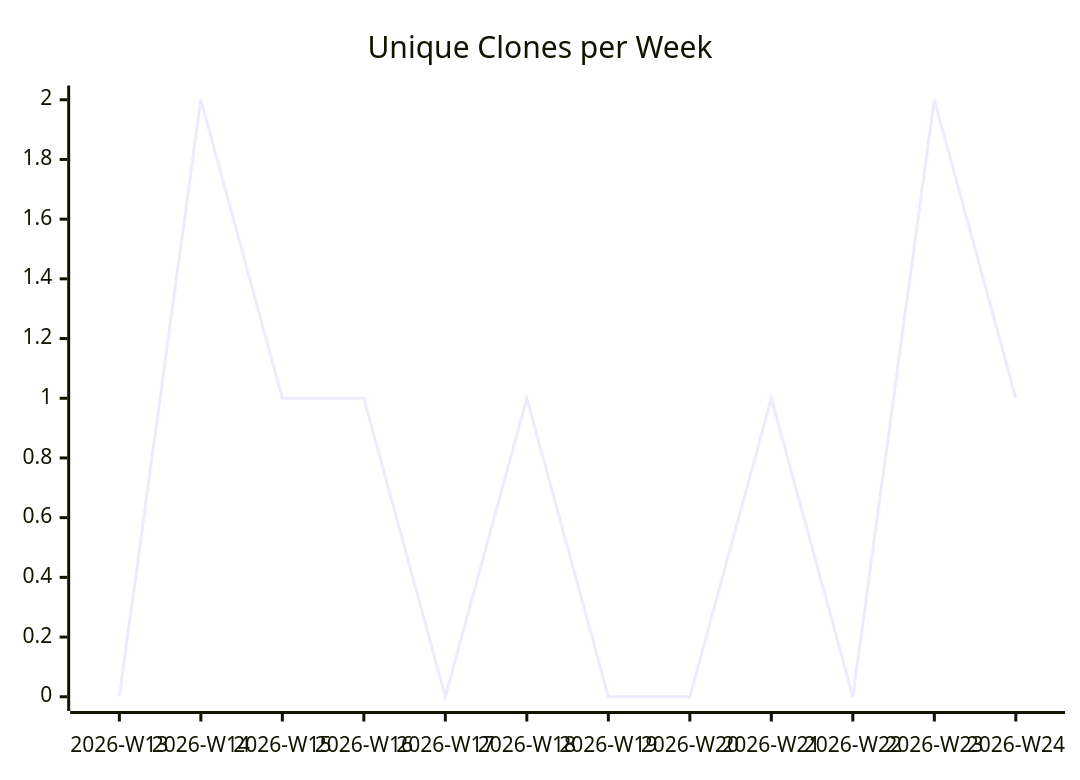
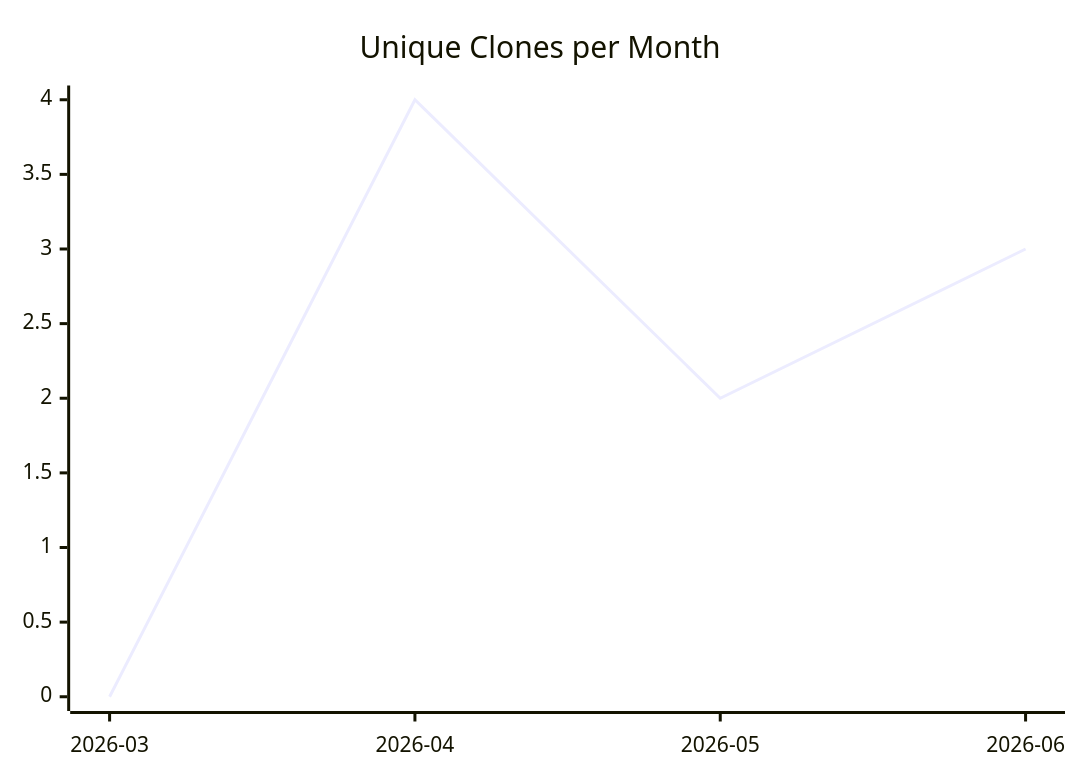
One commit to justdavis-family/github-analytics-data changed the third of 3 diagrams in karlmdavis/todoist-ai/README.md. Above: the diagram before and after it, drawn with Mermaid. The commit also changed other lines of this file and 198 other files, not shown here.

````diff
--- a/karlmdavis/todoist-ai/README.md
+++ b/karlmdavis/todoist-ai/README.md
@@ -19,6 +19,6 @@
 ```mermaid
 xychart-beta
-  title "Unique Clones per Week"
-  x-axis ["2026-W13", "2026-W14", "2026-W15", "2026-W16", "2026-W17", "2026-W18", "2026-W19", "2026-W20", "2026-W21", "2026-W22", "2026-W23", "2026-W24"]
-  line [0, 2, 1, 1, 0, 1, 0, 0, 1, 0, 2, 1]
+  title "Unique Clones per Month"
+  x-axis ["2026-03", "2026-04", "2026-05", "2026-06"]
+  line [0, 4, 2, 3]
 ```
````
